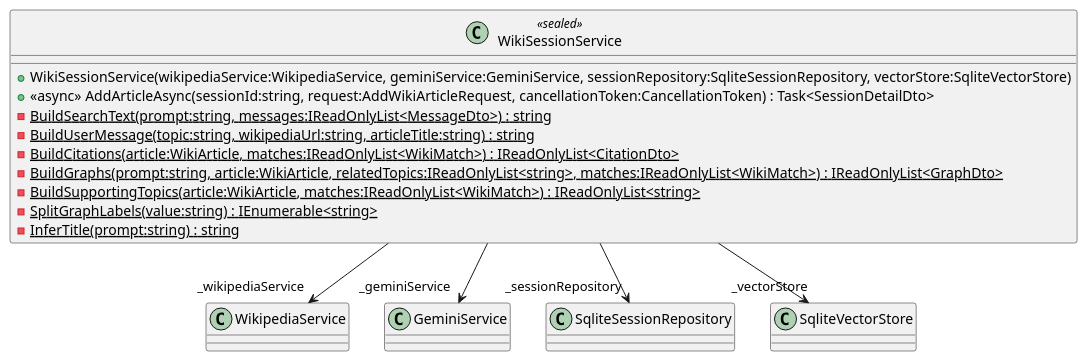
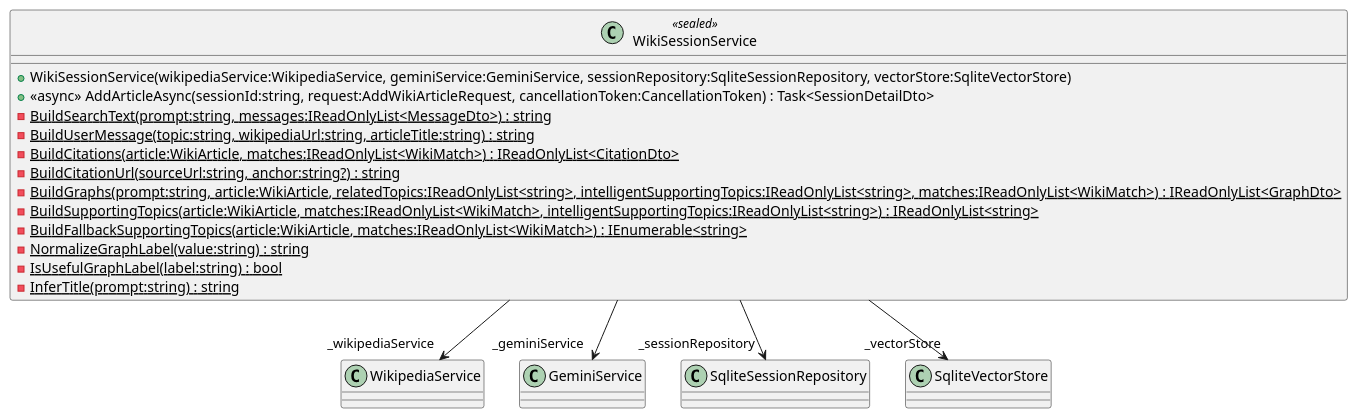
One commit to Tirth-Thakkar/WikiGraph changed the diagram in uml/WikiGraph.Api/Application/Services/WikiSessionService.puml. Above: the diagram before and after it, drawn with PlantUML. The commit also changed 19 other files, not shown here.

```diff
--- a/uml/WikiGraph.Api/Application/Services/WikiSessionService.puml
+++ b/uml/WikiGraph.Api/Application/Services/WikiSessionService.puml
@@ -1,17 +1,20 @@
 @startuml
 class WikiSessionService <<sealed>> {
     + WikiSessionService(wikipediaService:WikipediaService, geminiService:GeminiService, sessionRepository:SqliteSessionRepository, vectorStore:SqliteVectorStore)
     + <<async>> AddArticleAsync(sessionId:string, request:AddWikiArticleRequest, cancellationToken:CancellationToken) : Task<SessionDetailDto>
     - {static} BuildSearchText(prompt:string, messages:IReadOnlyList<MessageDto>) : string
     - {static} BuildUserMessage(topic:string, wikipediaUrl:string, articleTitle:string) : string
     - {static} BuildCitations(article:WikiArticle, matches:IReadOnlyList<WikiMatch>) : IReadOnlyList<CitationDto>
-    - {static} BuildGraphs(prompt:string, article:WikiArticle, relatedTopics:IReadOnlyList<string>, matches:IReadOnlyList<WikiMatch>) : IReadOnlyList<GraphDto>
-    - {static} BuildSupportingTopics(article:WikiArticle, matches:IReadOnlyList<WikiMatch>) : IReadOnlyList<string>
-    - {static} SplitGraphLabels(value:string) : IEnumerable<string>
+    - {static} BuildCitationUrl(sourceUrl:string, anchor:string?) : string
+    - {static} BuildGraphs(prompt:string, article:WikiArticle, relatedTopics:IReadOnlyList<string>, intelligentSupportingTopics:IReadOnlyList<string>, matches:IReadOnlyList<WikiMatch>) : IReadOnlyList<GraphDto>
+    - {static} BuildSupportingTopics(article:WikiArticle, matches:IReadOnlyList<WikiMatch>, intelligentSupportingTopics:IReadOnlyList<string>) : IReadOnlyList<string>
+    - {static} BuildFallbackSupportingTopics(article:WikiArticle, matches:IReadOnlyList<WikiMatch>) : IEnumerable<string>
+    - {static} NormalizeGraphLabel(value:string) : string
+    - {static} IsUsefulGraphLabel(label:string) : bool
     - {static} InferTitle(prompt:string) : string
 }
 WikiSessionService --> "_wikipediaService" WikipediaService
 WikiSessionService --> "_geminiService" GeminiService
 WikiSessionService --> "_sessionRepository" SqliteSessionRepository
 WikiSessionService --> "_vectorStore" SqliteVectorStore
 @enduml
```
